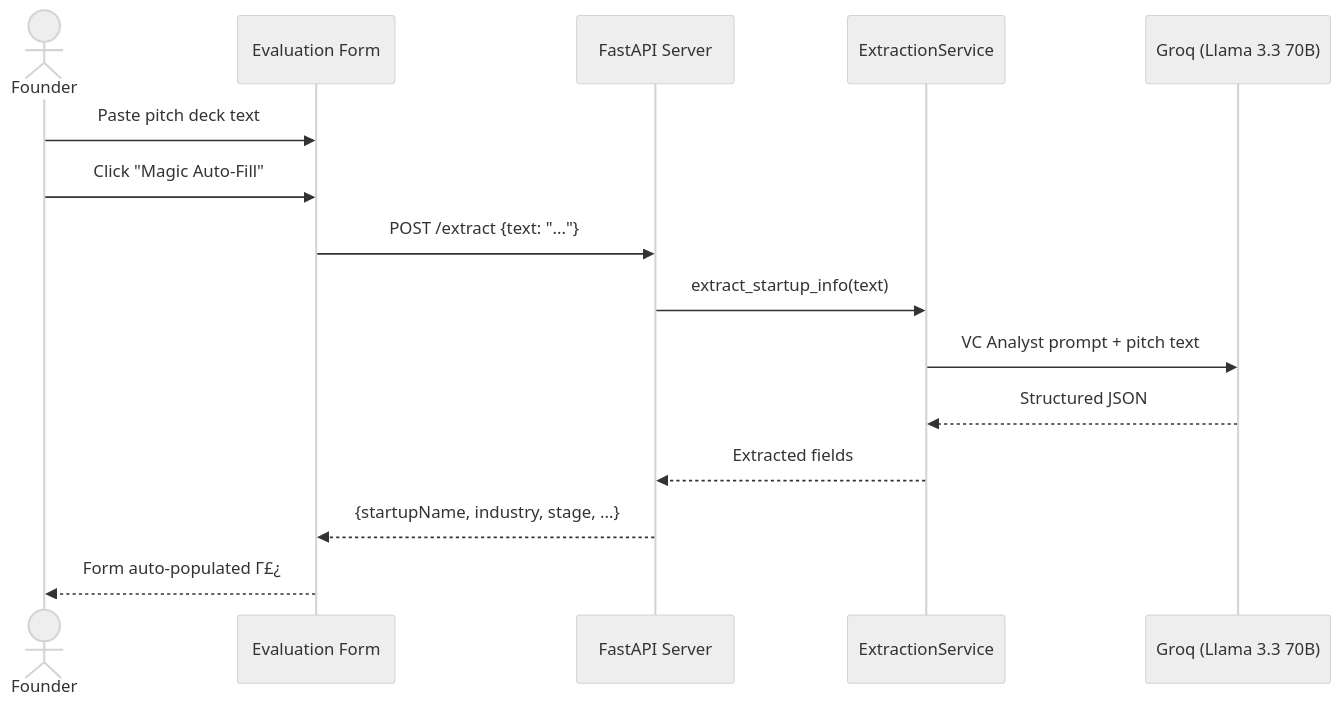
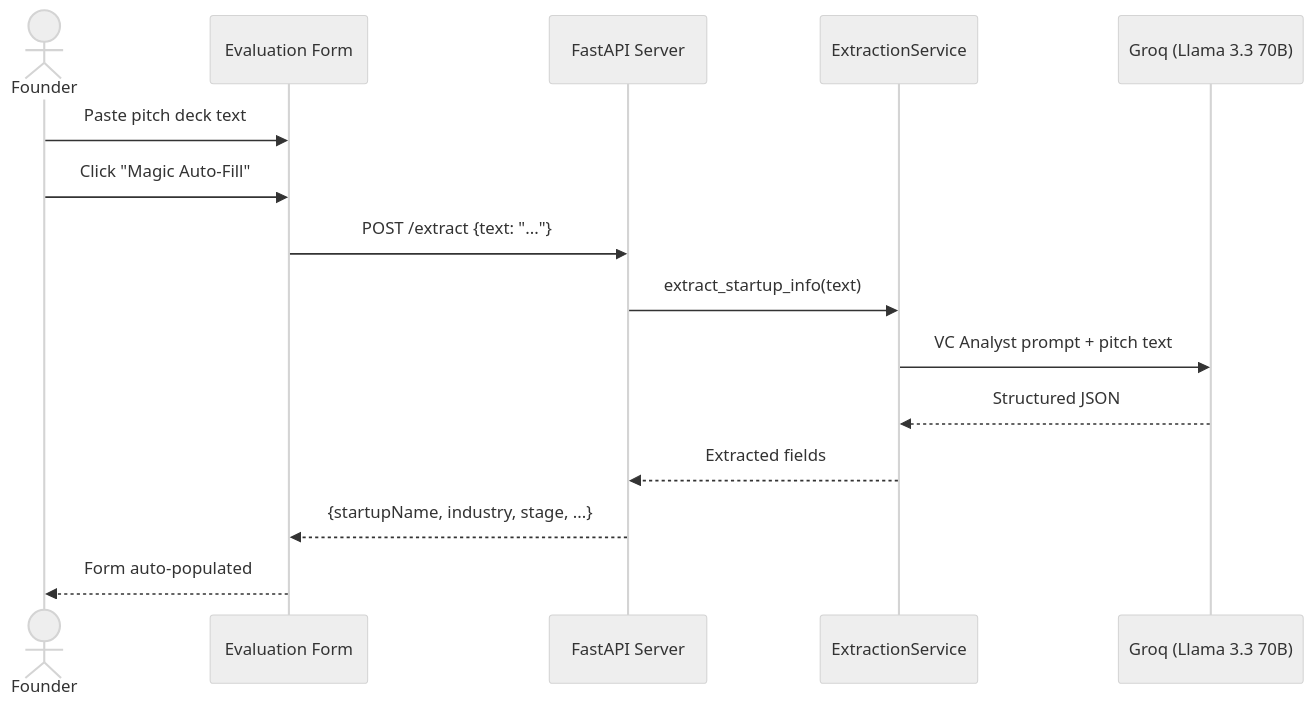
One commit to SameerShaik786/startup-idea-evaluator changed the fifth of 9 diagrams in README.md. Above: the diagram before and after it, drawn with Mermaid (neutral theme). The commit also changed other lines of this file, not shown here.

````diff
--- a/README.md
+++ b/README.md
@@ -430,18 +430,18 @@
 ```mermaid
 sequenceDiagram
     actor Founder
     participant UI as Evaluation Form
     participant API as FastAPI Server
     participant EXT as ExtractionService
     participant LLM as Groq (Llama 3.3 70B)
 
     Founder->>UI: Paste pitch deck text
     Founder->>UI: Click "Magic Auto-Fill"
     UI->>API: POST /extract {text: "..."}
     API->>EXT: extract_startup_info(text)
     EXT->>LLM: VC Analyst prompt + pitch text
     LLM-->>EXT: Structured JSON
     EXT-->>API: Extracted fields
     API-->>UI: {startupName, industry, stage, ...}
-    UI-->>Founder: Form auto-populated Γ£¿
+    UI-->>Founder: Form auto-populated
 ```
````
